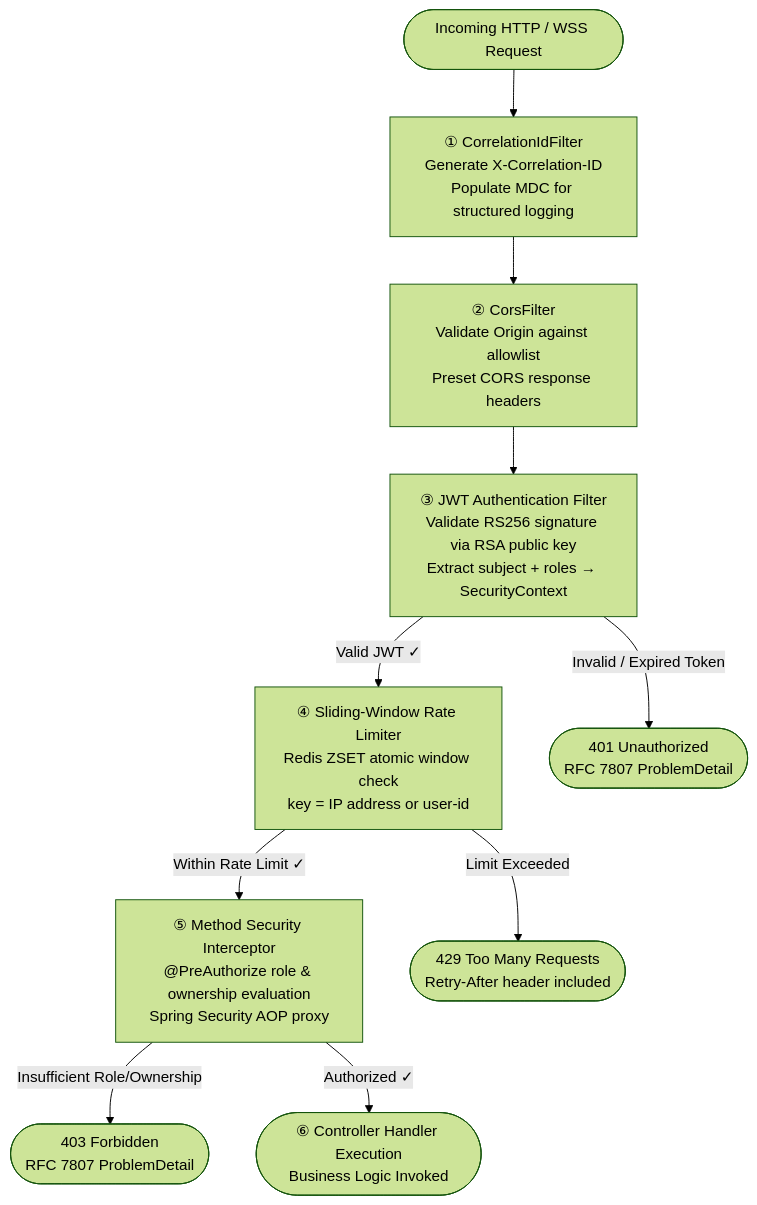
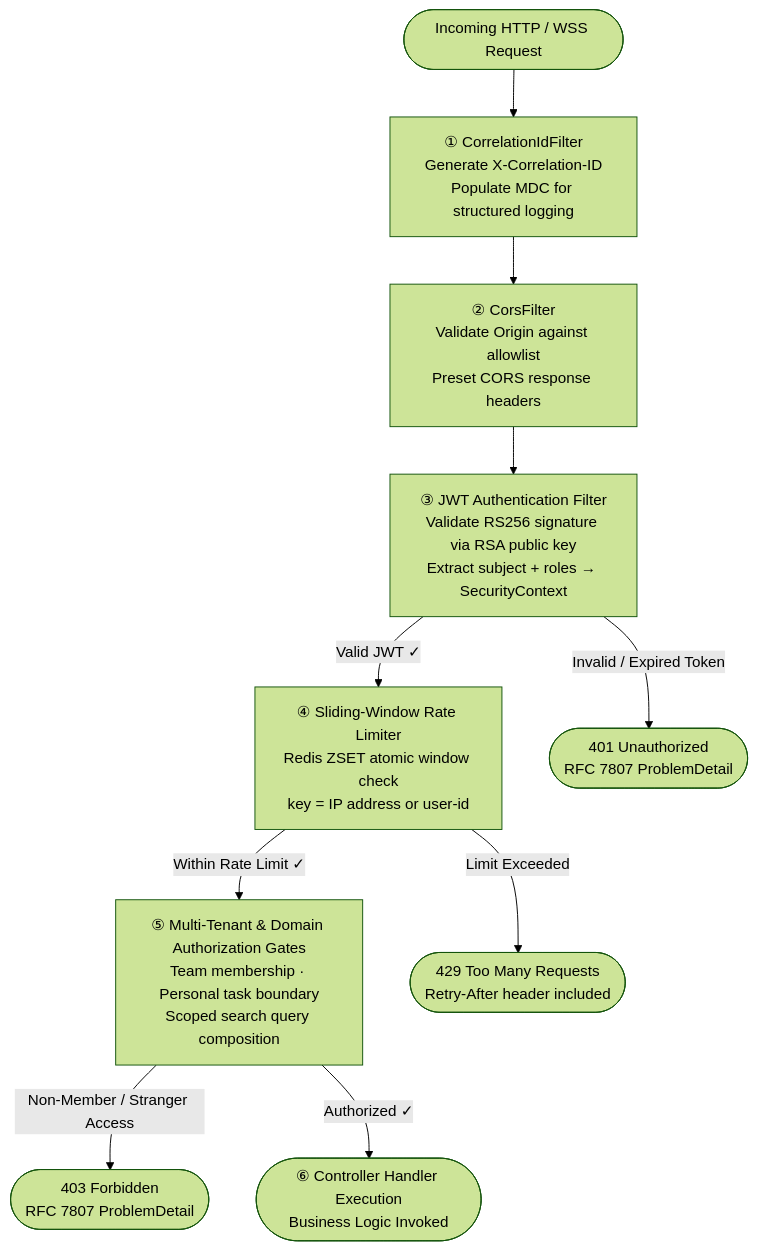
Before and after one commit to shashankch/task-master: the fourth of 17 diagrams in docs/architecture.md, drawn with Mermaid (forest theme). The commit also changed other lines of this file and 29 other files, not shown here.

````diff
--- a/docs/architecture.md
+++ b/docs/architecture.md
@@ -189,29 +197,29 @@
 ```mermaid
 flowchart TD
     REQ(["Incoming HTTP / WSS Request"])
 
     REQ      --> F1
 
     F1["① CorrelationIdFilter\nGenerate X-Correlation-ID\nPopulate MDC for structured logging"]
     F2["② CorsFilter\nValidate Origin against allowlist\nPreset CORS response headers"]
     F3["③ JWT Authentication Filter\nValidate RS256 signature via RSA public key\nExtract subject + roles → SecurityContext"]
     F4["④ Sliding-Window Rate Limiter\nRedis ZSET atomic window check\nkey = IP address or user-id"]
-    F5["⑤ Method Security Interceptor\n@PreAuthorize role & ownership evaluation\nSpring Security AOP proxy"]
+    F5["⑤ Multi-Tenant & Domain Authorization Gates\nTeam membership · Personal task boundary\nScoped search query composition"]
     OK(["⑥ Controller Handler Execution\nBusiness Logic Invoked"])
 
     E401(["401 Unauthorized\nRFC 7807 ProblemDetail"])
     E429(["429 Too Many Requests\nRetry-After header included"])
     E403(["403 Forbidden\nRFC 7807 ProblemDetail"])
 
     F1 --> F2
     F2 --> F3
 
     F3 -- "Invalid / Expired Token"    --> E401
     F3 -- "Valid JWT ✓"                --> F4
 
     F4 -- "Limit Exceeded"             --> E429
     F4 -- "Within Rate Limit ✓"        --> F5
 
-    F5 -- "Insufficient Role/Ownership" --> E403
+    F5 -- "Non-Member / Stranger Access" --> E403
     F5 -- "Authorized ✓"               --> OK
 ```
````
